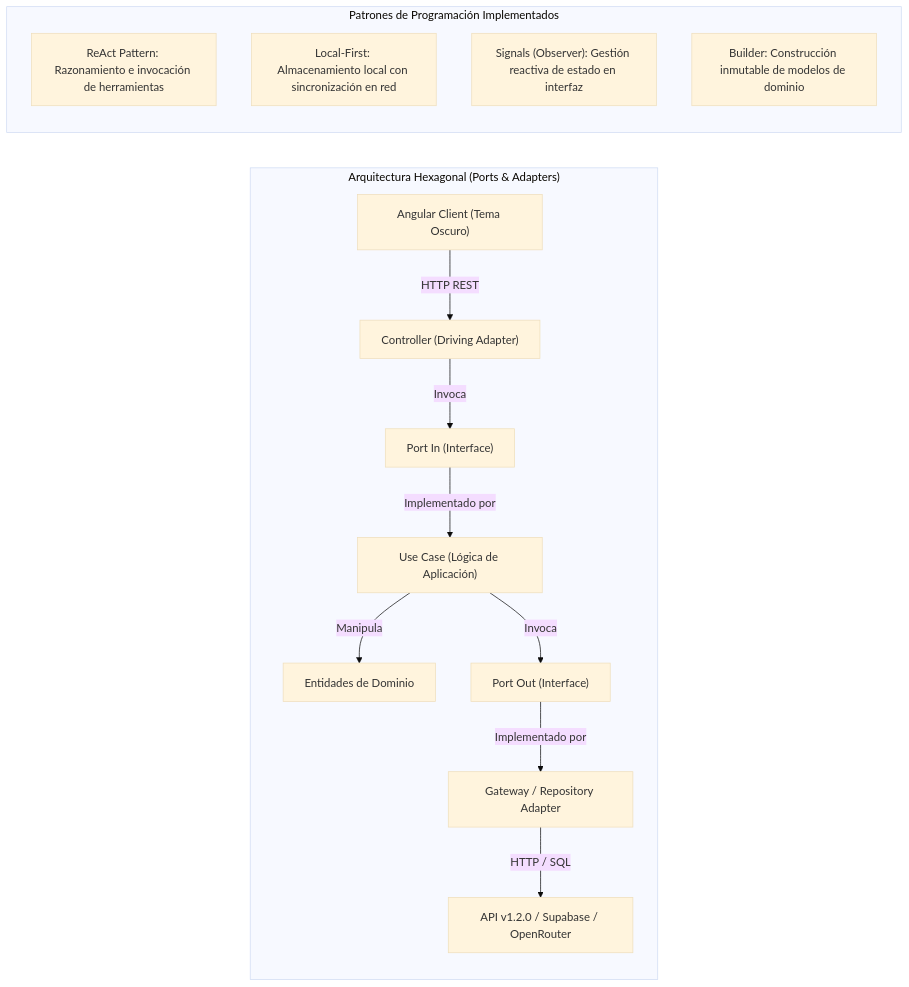
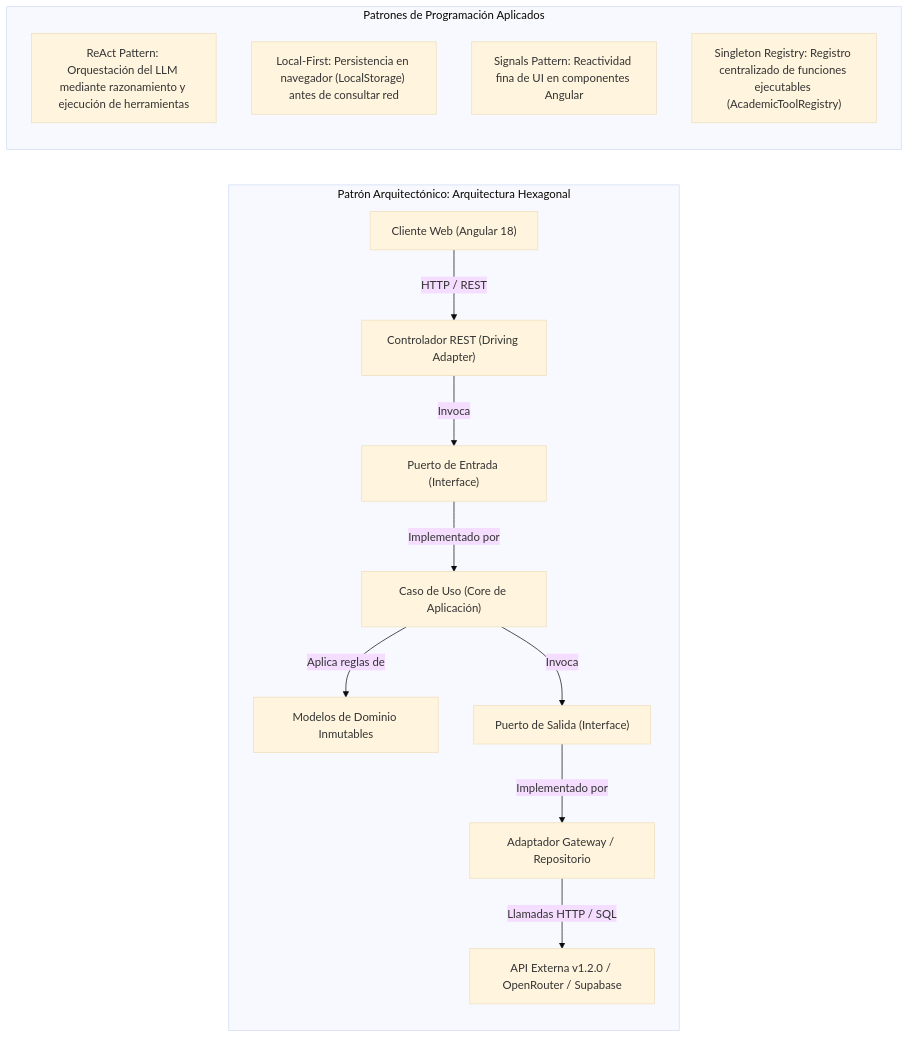
One commit to Joan2022Laurente/horarioInteligente changed the fifth of 9 diagrams in INFORME_TECNICO_PROYECTO.md. Above: the diagram before and after it, drawn with Mermaid (base theme). The commit also changed other lines of this file, not shown here.

````diff
--- a/INFORME_TECNICO_PROYECTO.md
+++ b/INFORME_TECNICO_PROYECTO.md
@@ -387,19 +481,19 @@
 ```mermaid
 flowchart LR
-    subgraph ArquitecturaHexagonal["Arquitectura Hexagonal (Ports & Adapters)"]
-        UI["Angular Client (Tema Oscuro)"] -->|HTTP REST| InAdapter["Controller (Driving Adapter)"]
-        InAdapter -->|Invoca| InPort["Port In (Interface)"]
-        InPort -->|Implementado por| UseCase["Use Case (Lógica de Aplicación)"]
-        UseCase -->|Manipula| DomainModel["Entidades de Dominio"]
-        UseCase -->|Invoca| OutPort["Port Out (Interface)"]
-        OutPort -->|Implementado por| OutAdapter["Gateway / Repository Adapter"]
-        OutAdapter -->|HTTP / SQL| ExternalSystems["API v1.2.0 / Supabase / OpenRouter"]
+    subgraph ArquitecturaHexagonal["Patrón Arquitectónico: Arquitectura Hexagonal"]
+        UI["Cliente Web (Angular 18)"] -->|HTTP / REST| InAdapter["Controlador REST (Driving Adapter)"]
+        InAdapter -->|Invoca| PortIn["Puerto de Entrada (Interface)"]
+        PortIn -->|Implementado por| Service["Caso de Uso (Core de Aplicación)"]
+        Service -->|Aplica reglas de| Domain["Modelos de Dominio Inmutables"]
+        Service -->|Invoca| PortOut["Puerto de Salida (Interface)"]
+        PortOut -->|Implementado por| OutAdapter["Adaptador Gateway / Repositorio"]
+        OutAdapter -->|Llamadas HTTP / SQL| CloudServices["API Externa v1.2.0 / OpenRouter / Supabase"]
     end
 
-    subgraph PatronesDeProgramacion["Patrones de Programación Implementados"]
-        P1["ReAct Pattern: Razonamiento e invocación de herramientas"]
-        P2["Local-First: Almacenamiento local con sincronización en red"]
-        P3["Signals (Observer): Gestión reactiva de estado en interfaz"]
-        P4["Builder: Construcción inmutable de modelos de dominio"]
+    subgraph PatronesDeProgramacion["Patrones de Programación Aplicados"]
+        P1["ReAct Pattern: Orquestación del LLM mediante razonamiento y ejecución de herramientas"]
+        P2["Local-First: Persistencia en navegador (LocalStorage) antes de consultar red"]
+        P3["Signals Pattern: Reactividad fina de UI en componentes Angular"]
+        P4["Singleton Registry: Registro centralizado de funciones ejecutables (AcademicToolRegistry)"]
     end
 ```
````
